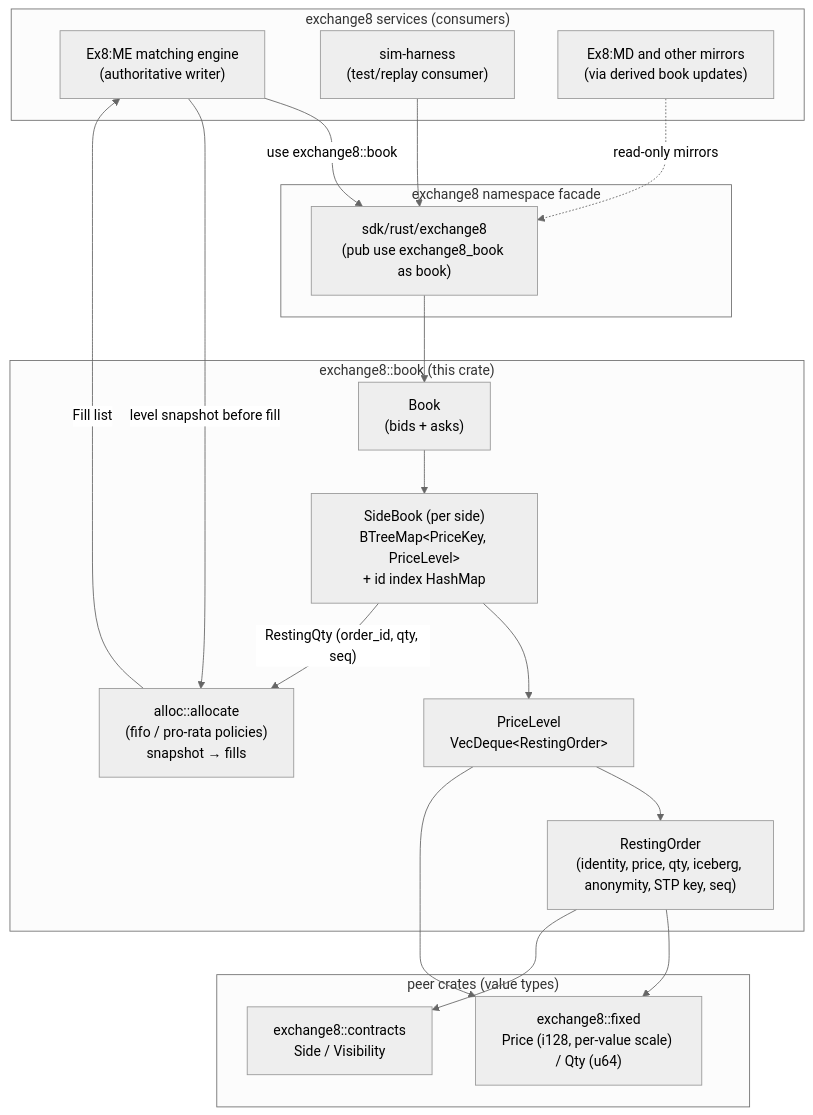
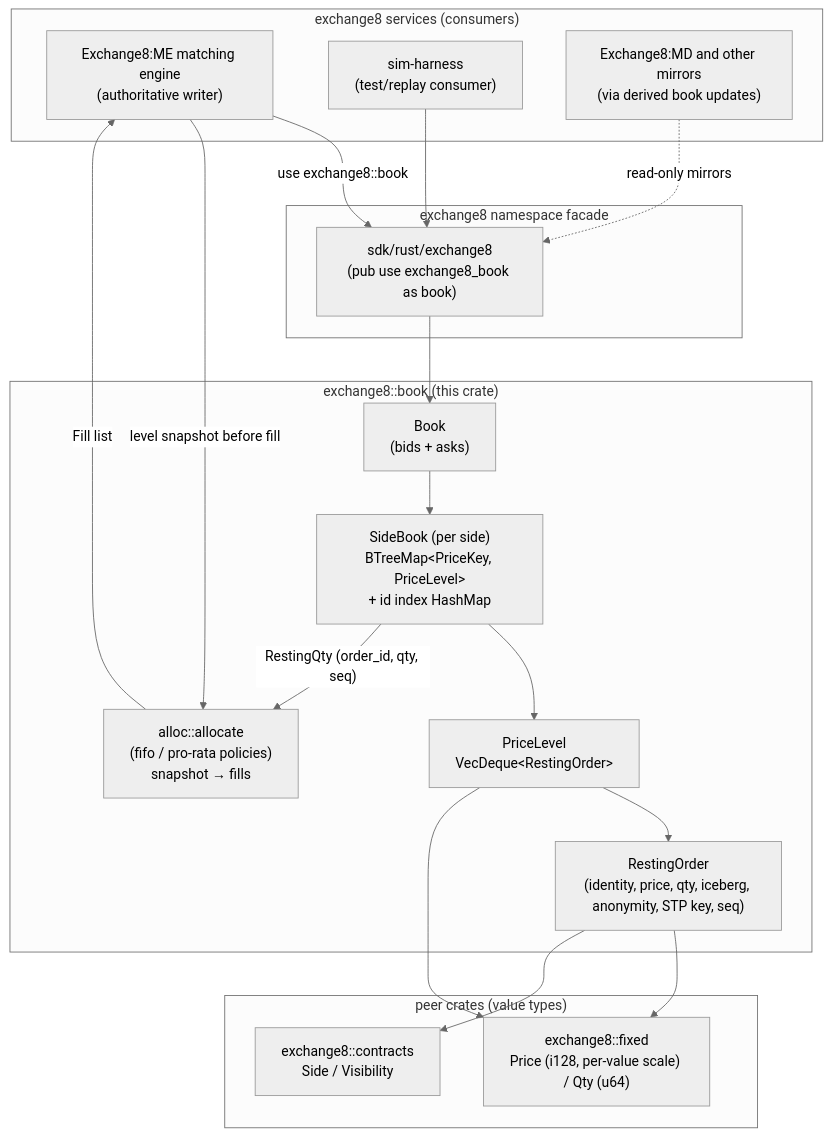
Before and after one commit to Exchange8-dev/exchange8-sdk: the diagram in crates/book/README.md, drawn with Mermaid (neutral theme). The commit also changed other lines of this file and 29 other files, not shown here.

````diff
--- a/crates/book/README.md
+++ b/crates/book/README.md
@@ -45,39 +45,39 @@
 ```mermaid
 graph TD
     subgraph Consumers["exchange8 services (consumers)"]
-        ME["Ex8:ME matching engine<br/>(authoritative writer)"]
+        ME["Exchange8:ME matching engine<br/>(authoritative writer)"]
         SIM["sim-harness<br/>(test/replay consumer)"]
-        MDM["Ex8:MD and other mirrors<br/>(via derived book updates)"]
+        MDM["Exchange8:MD and other mirrors<br/>(via derived book updates)"]
     end
 
     subgraph Facade["exchange8 namespace facade"]
         FAC["sdk/rust/exchange8<br/>(pub use exchange8_book as book)"]
     end
 
     subgraph BookLib["exchange8::book (this crate)"]
         BOOK["Book<br/>(bids + asks)"]
         SB["SideBook (per side)<br/>BTreeMap&lt;PriceKey, PriceLevel&gt;<br/>+ id index HashMap"]
         PL["PriceLevel<br/>VecDeque&lt;RestingOrder&gt;"]
         RO["RestingOrder<br/>(identity, price, qty, iceberg, anonymity, STP key, seq)"]
         ALLOC["alloc::allocate<br/>(fifo / pro-rata policies)<br/>snapshot → fills"]
     end
 
     subgraph Peers["peer crates (value types)"]
         FX["exchange8::fixed<br/>Price (i128, per-value scale) / Qty (u64)"]
         CT["exchange8::contracts<br/>Side / Visibility"]
     end
 
     ME -->|"use exchange8::book"| FAC
     SIM --> FAC
     MDM -.->|"read-only mirrors"| FAC
     FAC --> BOOK
     BOOK --> SB
     SB --> PL
     PL --> RO
     ME -->|"level snapshot before fill"| ALLOC
     SB -->|"RestingQty (order_id, qty, seq)"| ALLOC
     RO --> FX
     RO --> CT
     PL --> FX
     ALLOC -->|"Fill list"| ME
 ```
````
